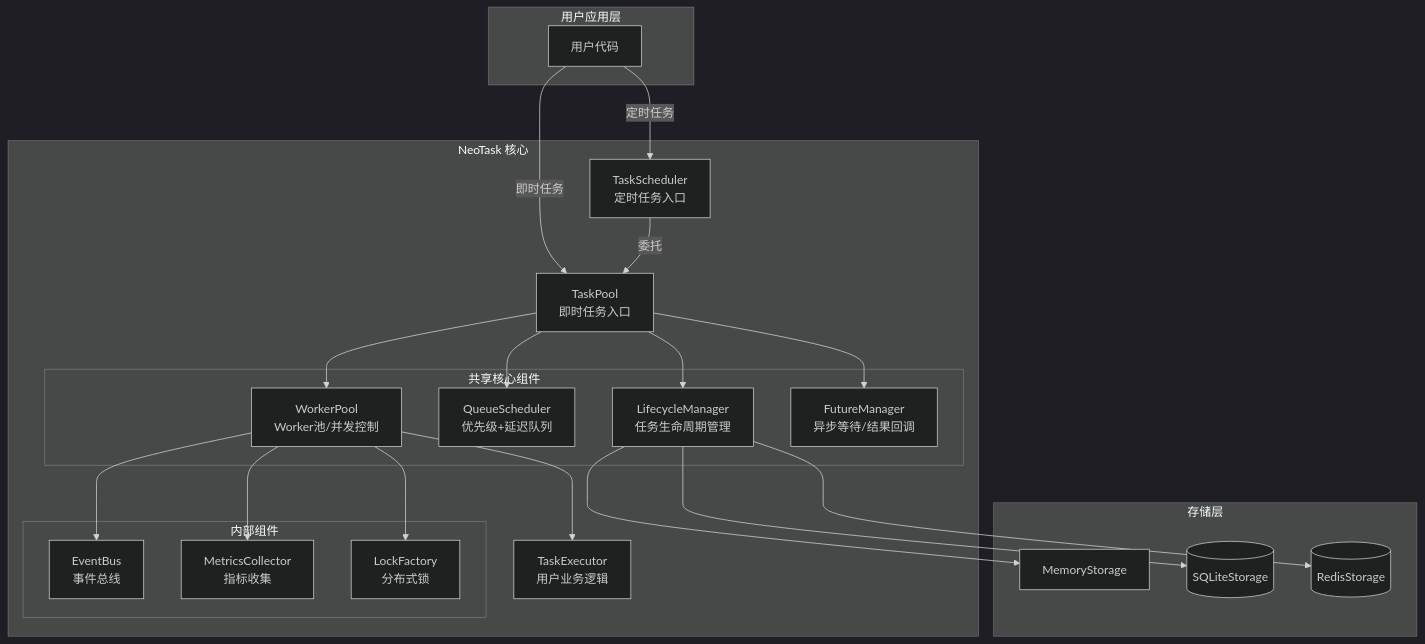
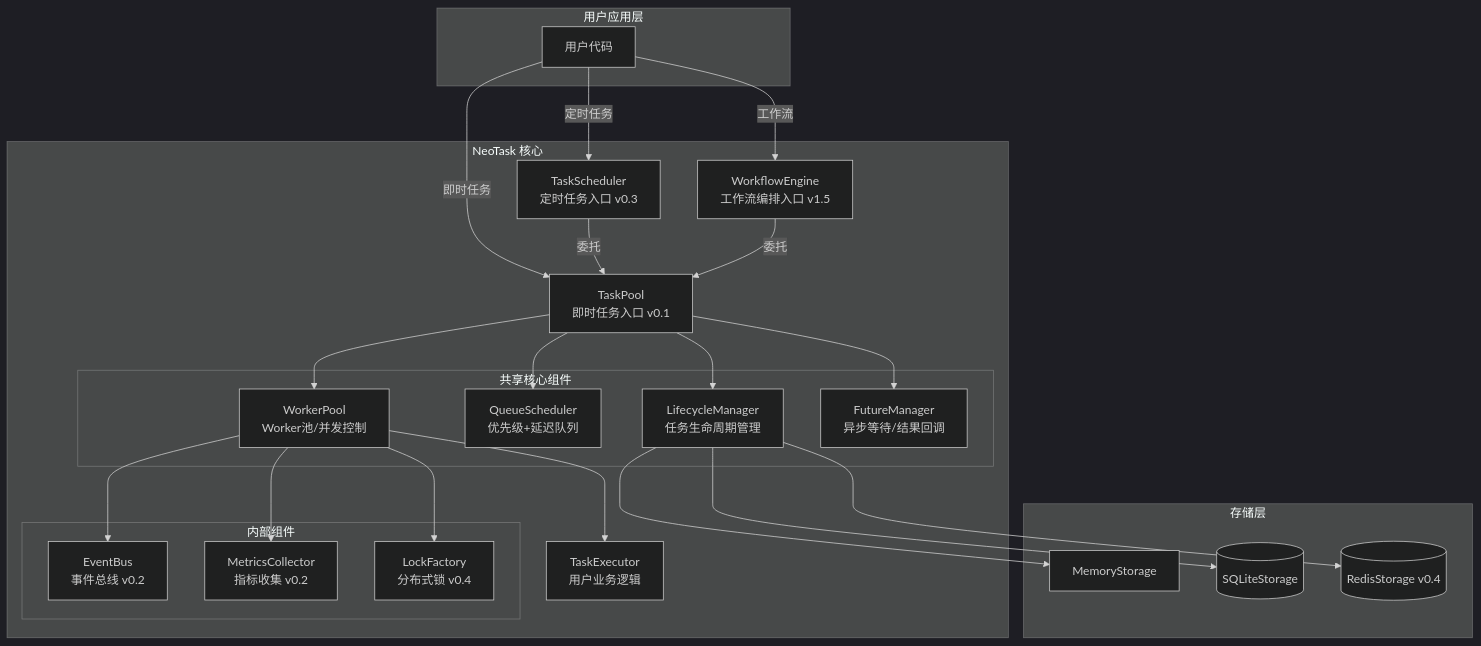
Before and after one commit to neopen/neotask: the first of 2 diagrams in README.md, drawn with Mermaid (dark theme). The commit also changed other lines of this file and 1 other file, not shown here.

````diff
--- a/README.md
+++ b/README.md
@@ -41,49 +44,52 @@
 ```mermaid
 graph TB
     subgraph User["用户应用层"]
         APP[用户代码]
     end
     
     subgraph NeoTask["NeoTask 核心"]
-        TP[TaskPool<br/>即时任务入口]
-        TS[TaskScheduler<br/>定时任务入口]
+        TP[TaskPool<br/>即时任务入口 v0.1]
+        TS[TaskScheduler<br/>定时任务入口 v0.3]
+        WF[WorkflowEngine<br/>工作流编排入口 v1.5]
         
         subgraph Core["共享核心组件"]
             LM[LifecycleManager<br/>任务生命周期管理]
             QS[QueueScheduler<br/>优先级+延迟队列]
             WP[WorkerPool<br/>Worker池/并发控制]
             FM[FutureManager<br/>异步等待/结果回调]
         end
         
         subgraph Internal["内部组件"]
-            EB[EventBus<br/>事件总线]
-            MC[MetricsCollector<br/>指标收集]
-            LF[LockFactory<br/>分布式锁]
+            EB[EventBus<br/>事件总线 v0.2]
+            MC[MetricsCollector<br/>指标收集 v0.2]
+            LF[LockFactory<br/>分布式锁 v0.4]
         end
         
         EX[TaskExecutor<br/>用户业务逻辑]
     end
     
     subgraph Storage["存储层"]
         MEM[MemoryStorage]
         SQLITE[(SQLiteStorage)]
-        REDIS[(RedisStorage)]
+        REDIS[(RedisStorage v0.4)]
     end
     
     APP -->|即时任务| TP
     APP -->|定时任务| TS
+    APP -->|工作流| WF
     TS -->|委托| TP
+    WF -->|委托| TP
     TP --> LM
     TP --> QS
     TP --> WP
     TP --> FM
     
     LM --> MEM
     LM --> SQLITE
     LM --> REDIS
     
     WP --> EX
     WP --> EB
     WP --> MC
     WP --> LF
 ```
````
